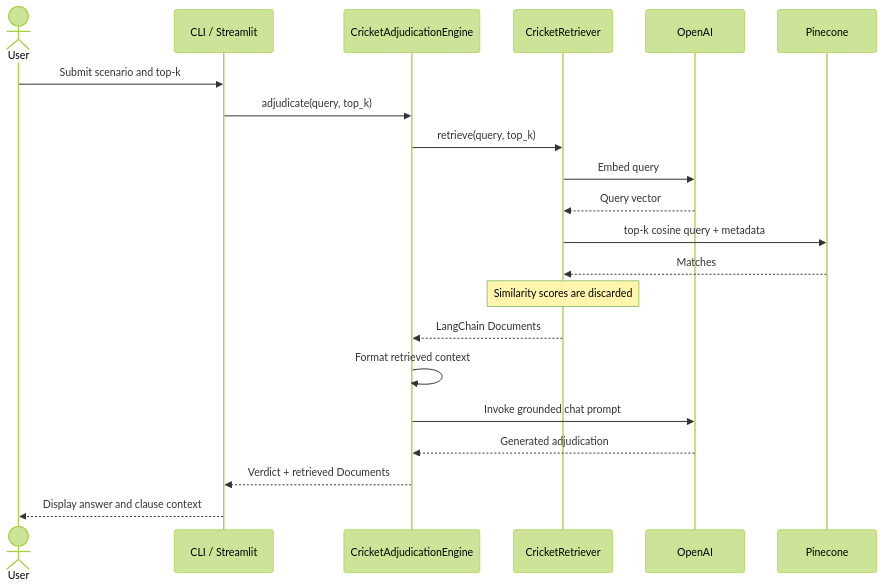
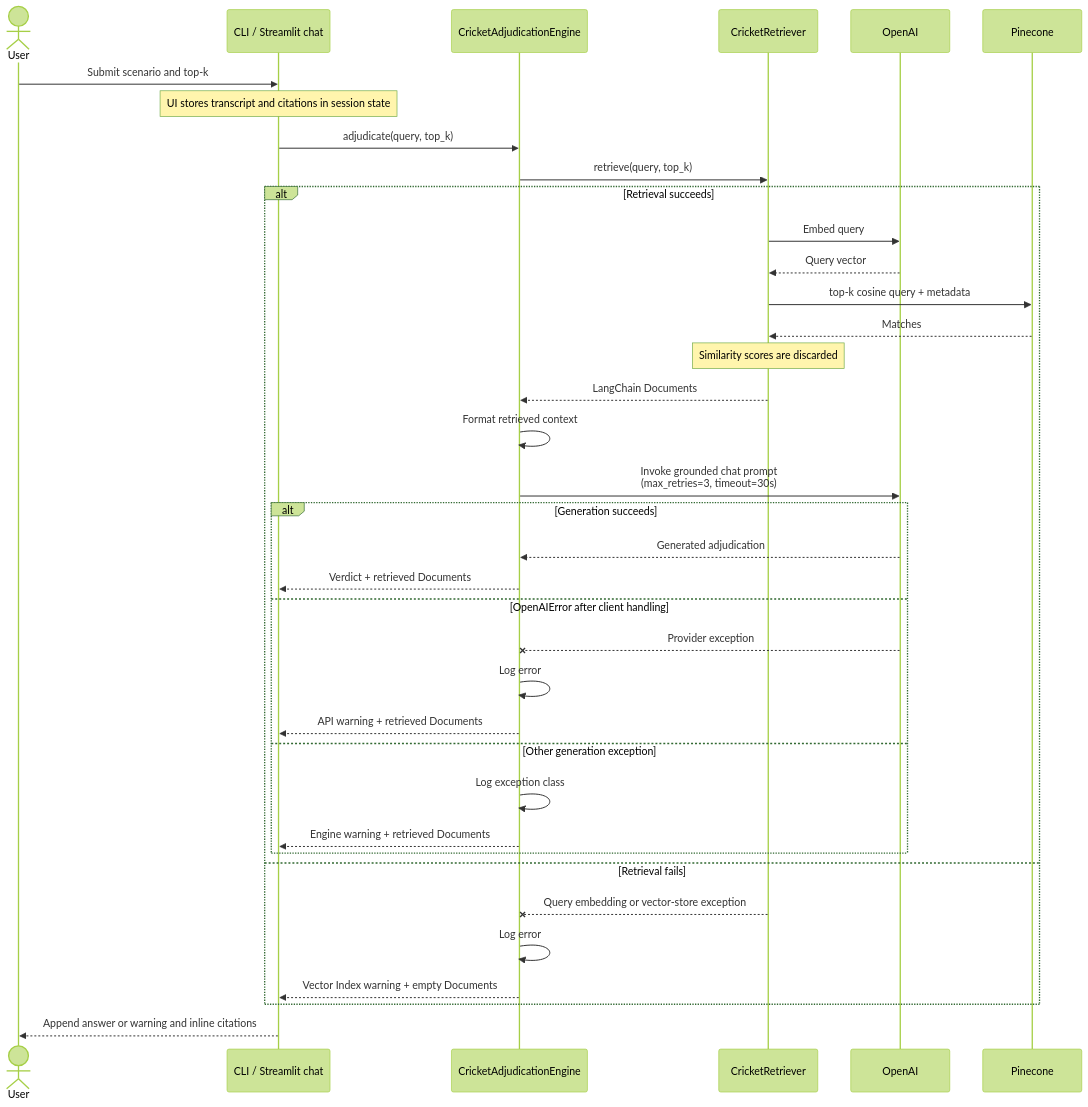
Before and after one commit to shanly-rajan/ai-builder: the third of 3 diagrams in projects/cricket-rag-engine/docs/architecture.md, drawn with Mermaid (forest theme). The commit also changed other lines of this file and 2 other files, not shown here.

Commit message:
feat: enhance evaluation and architecture documentation for error handling and UI improvements

````diff
--- a/projects/cricket-rag-engine/docs/architecture.md
+++ b/projects/cricket-rag-engine/docs/architecture.md
@@ -103,24 +103,40 @@
 ```mermaid
 sequenceDiagram
     actor User
-    participant C as CLI / Streamlit
+    participant C as CLI / Streamlit chat
     participant A as CricketAdjudicationEngine
     participant R as CricketRetriever
     participant O as OpenAI
     participant V as Pinecone
 
     User->>C: Submit scenario and top-k
+    Note over C: UI stores transcript and citations in session state
     C->>A: adjudicate(query, top_k)
     A->>R: retrieve(query, top_k)
-    R->>O: Embed query
-    O-->>R: Query vector
-    R->>V: top-k cosine query + metadata
-    V-->>R: Matches
-    Note over R: Similarity scores are discarded
-    R-->>A: LangChain Documents
-    A->>A: Format retrieved context
-    A->>O: Invoke grounded chat prompt
-    O-->>A: Generated adjudication
-    A-->>C: Verdict + retrieved Documents
-    C-->>User: Display answer and clause context
+    alt Retrieval succeeds
+        R->>O: Embed query
+        O-->>R: Query vector
+        R->>V: top-k cosine query + metadata
+        V-->>R: Matches
+        Note over R: Similarity scores are discarded
+        R-->>A: LangChain Documents
+        A->>A: Format retrieved context
+        A->>O: Invoke grounded chat prompt<br/>(max_retries=3, timeout=30s)
+        alt Generation succeeds
+            O-->>A: Generated adjudication
+            A-->>C: Verdict + retrieved Documents
+        else OpenAIError after client handling
+            O--xA: Provider exception
+            A->>A: Log error
+            A-->>C: API warning + retrieved Documents
+        else Other generation exception
+            A->>A: Log exception class
+            A-->>C: Engine warning + retrieved Documents
+        end
+    else Retrieval fails
+        R--xA: Query embedding or vector-store exception
+        A->>A: Log error
+        A-->>C: Vector Index warning + empty Documents
+    end
+    C-->>User: Append answer or warning and inline citations
 ```
````
